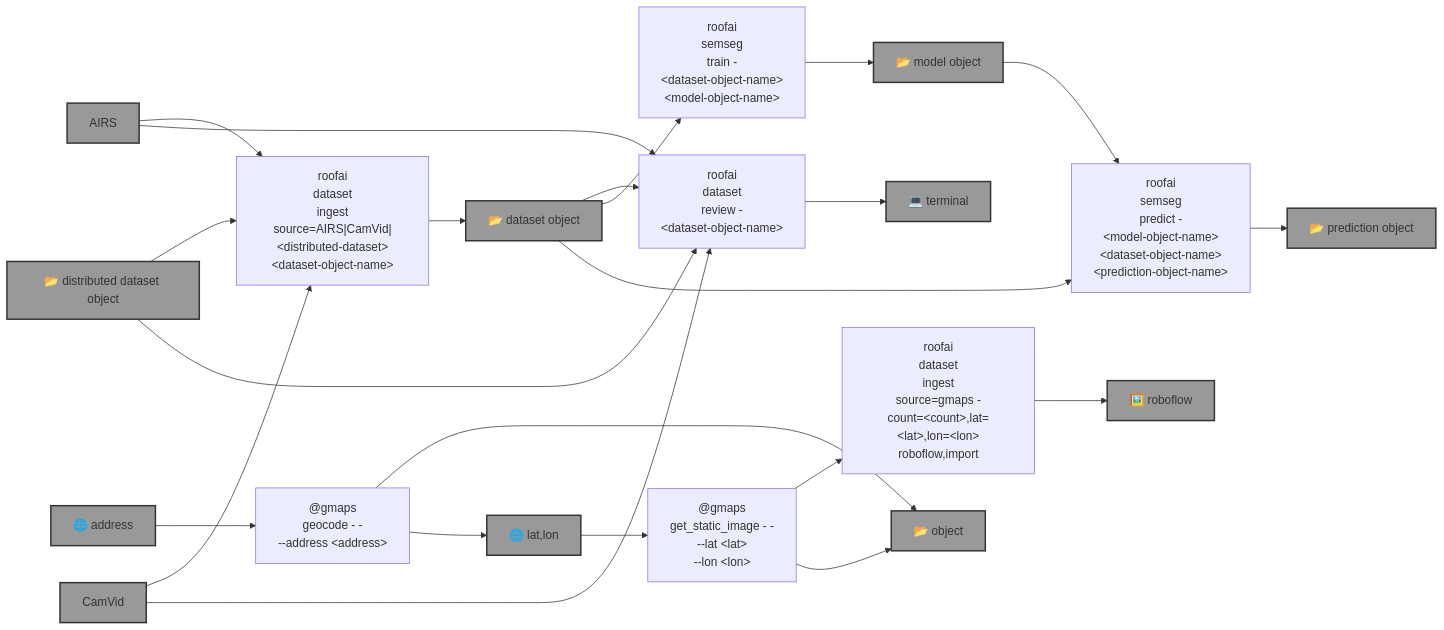
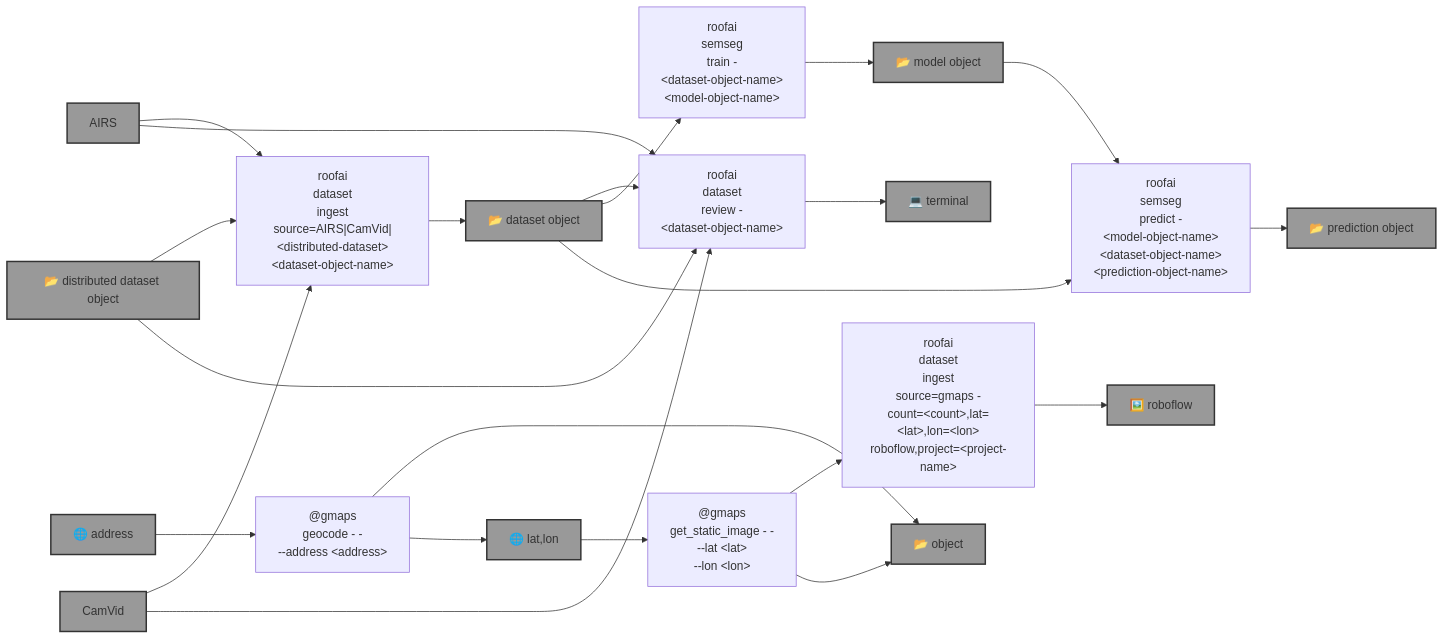
Before and after one commit to kamangir/roofai: the diagram in README.md, drawn with Mermaid. The commit also changed other lines of this file and 2 other files, not shown here.

Commit message:
doc++ - kamangir/bolt#746 - no-workflow 🪄

````diff
--- a/README.md
+++ b/README.md
@@ -9,58 +9,58 @@
 ```mermaid
 graph LR
     dataset_ingest["roofai<br>dataset<br>ingest<br>source=AIRS|CamVid|&lt;distributed-dataset&gt;<br>&lt;dataset-object-name&gt;"]
 
     dataset_review["roofai<br>dataset<br>review -<br>&lt;dataset-object-name&gt;"]
 
     semseg_train["roofai<br>semseg<br>train -<br>&lt;dataset-object-name&gt;<br>&lt;model-object-name&gt;"]
 
     semseg_predict["roofai<br>semseg<br>predict -<br>&lt;model-object-name&gt;<br>&lt;dataset-object-name&gt;<br>&lt;prediction-object-name&gt;"]
 
     gmaps_get_static_image["@gmaps<br>get_static_image - -<br>--lat &lt;lat&gt;<br>--lon &lt;lon&gt;"]
 
     gmaps_geocode["@gmaps<br>geocode - -<br>--address &lt;address&gt;"]
 
-    dataset_ingest_gmaps["roofai<br>dataset<br>ingest<br>source=gmaps -<br>count=&lt;count&gt;,lat=&lt;lat&gt;,lon=&lt;lon&gt;<br>roboflow,import"]
+    dataset_ingest_gmaps["roofai<br>dataset<br>ingest<br>source=gmaps -<br>count=&lt;count&gt;,lat=&lt;lat&gt;,lon=&lt;lon&gt;<br>roboflow,project=&lt;project-name&gt;"]
 
     address["🌐 address"]:::folder
     lat_lon["🌐 lat,lon"]:::folder
     AIRS["AIRS"]:::folder
     CamVid["CamVid"]:::folder
     dataset_object_name["📂 dataset object"]:::folder
     distributed_dataset_object_name["📂 distributed dataset object"]:::folder
     model_object_name["📂 model object"]:::folder
     prediction_object_name["📂 prediction object"]:::folder
     object_name["📂 object"]:::folder
     terminal["💻 terminal"]:::folder
     roboflow["🖼️ roboflow"]:::folder
 
     distributed_dataset_object_name --> dataset_ingest
     AIRS --> dataset_ingest
     CamVid --> dataset_ingest
     dataset_ingest --> dataset_object_name
 
     gmaps_get_static_image --> dataset_ingest_gmaps
     dataset_ingest_gmaps --> roboflow
 
     AIRS --> dataset_review
     distributed_dataset_object_name --> dataset_review
     CamVid --> dataset_review
     dataset_object_name --> dataset_review
     dataset_review --> terminal
 
     dataset_object_name --> semseg_train
     semseg_train --> model_object_name
 
     model_object_name --> semseg_predict
     dataset_object_name --> semseg_predict
     semseg_predict --> prediction_object_name
 
     lat_lon --> gmaps_get_static_image
     gmaps_get_static_image --> object_name
 
     address --> gmaps_geocode
     gmaps_geocode --> object_name
     gmaps_geocode --> lat_lon
 
     classDef folder fill:#999,stroke:#333,stroke-width:2px;
 ```
````
